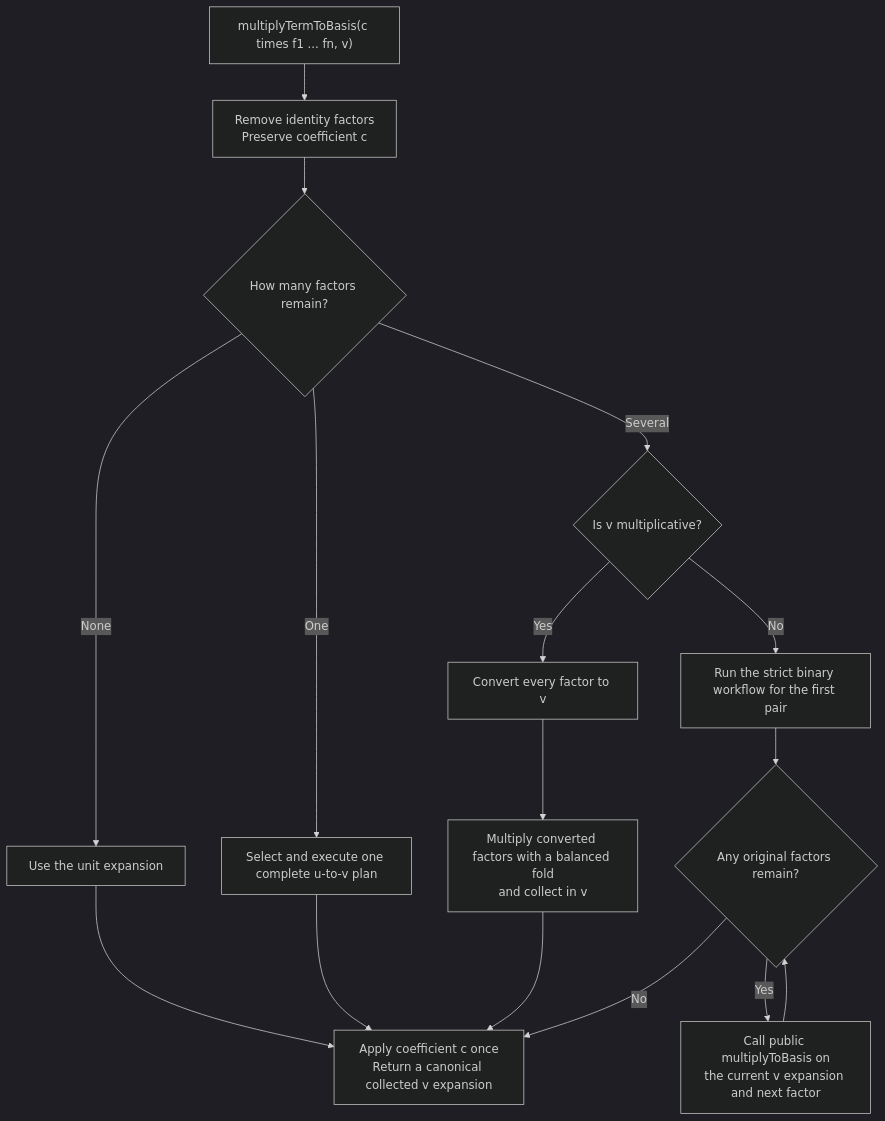
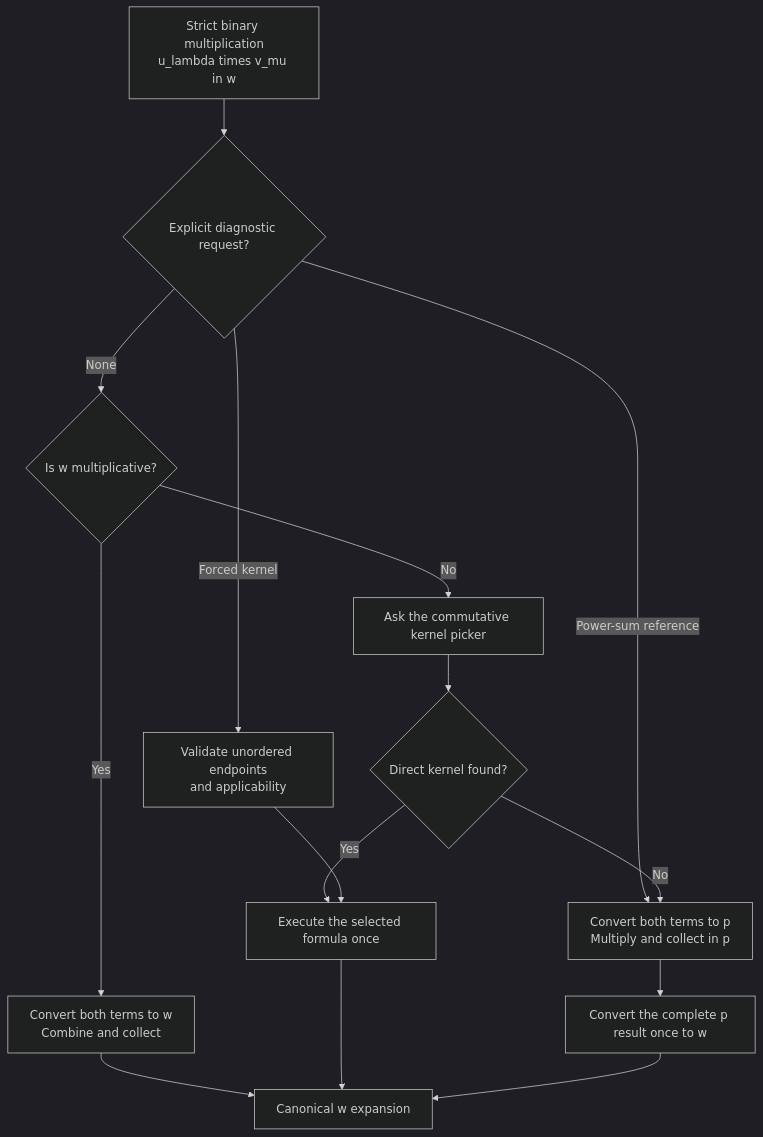
One commit to j-graf/M2 changed the second of 5 diagrams in M2/Macaulay2/e/symmetric-rings/README-pipelines.md. Above: the diagram before and after it, drawn with Mermaid (dark theme). The commit also changed other lines of this file and 49 other files, not shown here.

````diff
--- a/M2/Macaulay2/e/symmetric-rings/README-pipelines.md
+++ b/M2/Macaulay2/e/symmetric-rings/README-pipelines.md
@@ -299,22 +342,19 @@
 ```mermaid
 flowchart TD
-    A["multiplyTermToBasis(c times f1 ... fn, v)"] --> B["Remove identity factors<br/>Preserve coefficient c"]
-    B --> C{"How many factors remain?"}
+    A["Strict binary multiplication<br/>u_lambda times v_mu in w"] --> D{"Explicit diagnostic request?"}
+    D -->|"Forced kernel"| F["Validate unordered endpoints<br/>and applicability"]
+    D -->|"Power-sum reference"| P
+    D -->|"None"| M{"Is w multiplicative?"}
 
-    C -->|"None"| U["Use the unit expansion"]
-    C -->|"One"| O["Select and execute one complete u-to-v plan"]
-    C -->|"Several"| D{"Is v multiplicative?"}
+    M -->|"Yes"| MT["Convert both terms to w<br/>Combine and collect"]
+    M -->|"No"| K["Ask the commutative kernel picker"]
+    K --> Q{"Direct kernel found?"}
+    Q -->|"Yes"| E["Execute the selected formula once"]
+    Q -->|"No"| P["Convert both terms to p<br/>Multiply and collect in p"]
+    P --> C["Convert the complete p result once to w"]
 
-    D -->|"Yes"| E["Convert every factor to v"]
-    E --> F["Multiply converted factors with a balanced fold<br/>and collect in v"]
-
-    D -->|"No"| H["Run the strict binary workflow for the first pair"]
-    H --> I{"Any original factors remain?"}
-    I -->|"Yes"| J["Call public multiplyToBasis on<br/>the current v expansion and next factor"]
-    J --> I
-
-    U --> R["Apply coefficient c once<br/>Return a canonical collected v expansion"]
-    O --> R
-    F --> R
-    I -->|"No"| R
+    F --> E
+    MT --> R["Canonical w expansion"]
+    E --> R
+    C --> R
 ```
````
